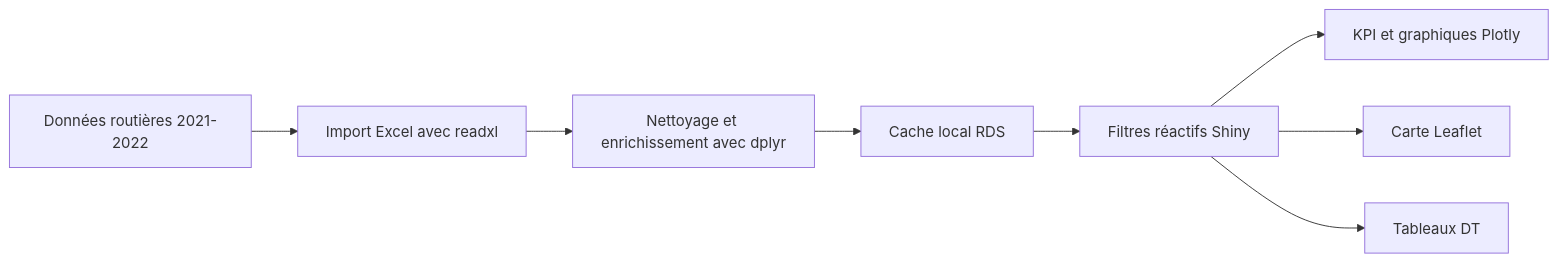
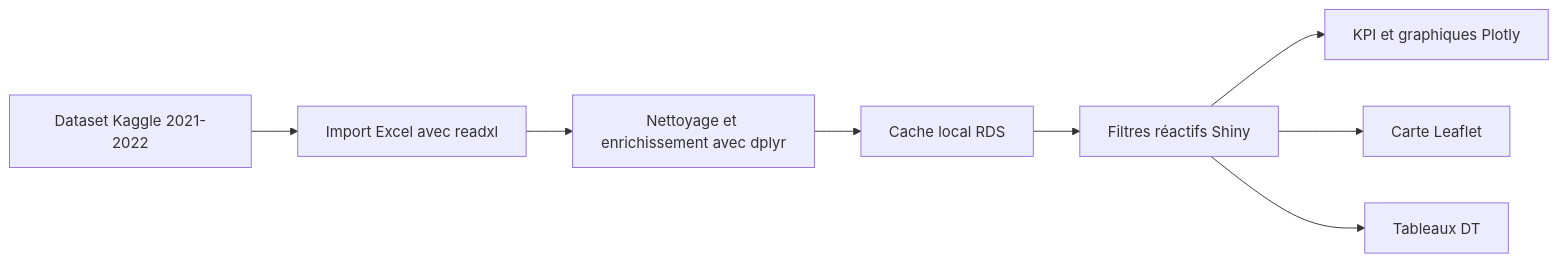
One commit to Bocoum1/UKRA changed the diagram in README.md. Above: the diagram before and after it, drawn with Mermaid. The commit also changed other lines of this file, not shown here.

Commit message:
docs: correct UKRA dataset source

````diff
--- a/README.md
+++ b/README.md
@@ -67,10 +67,10 @@
 ```mermaid
 flowchart LR
-    A[Données routières 2021-2022] --> B[Import Excel avec readxl]
+    A[Dataset Kaggle 2021-2022] --> B[Import Excel avec readxl]
     B --> C[Nettoyage et enrichissement avec dplyr]
     C --> D[Cache local RDS]
     D --> E[Filtres réactifs Shiny]
     E --> F[KPI et graphiques Plotly]
     E --> G[Carte Leaflet]
     E --> H[Tableaux DT]
 ```
````
